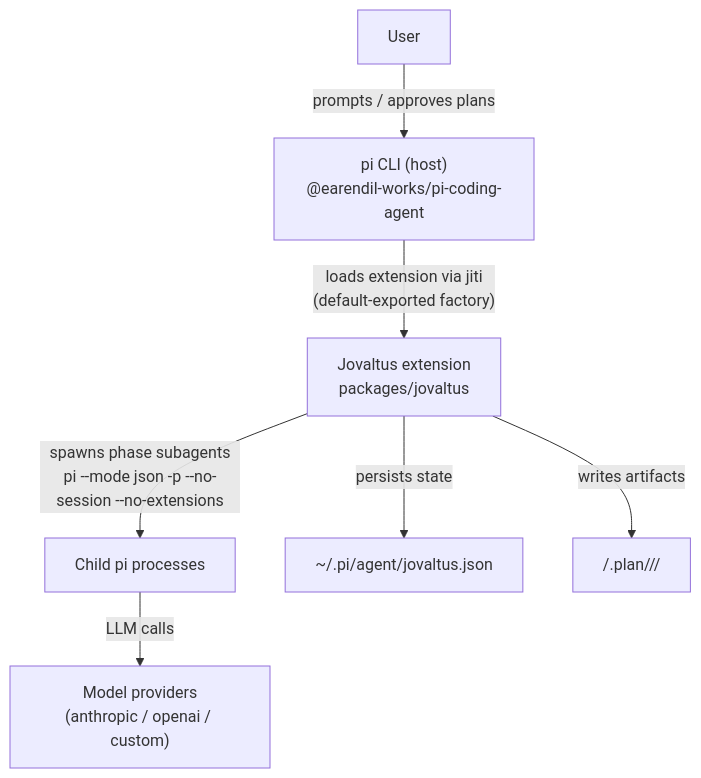
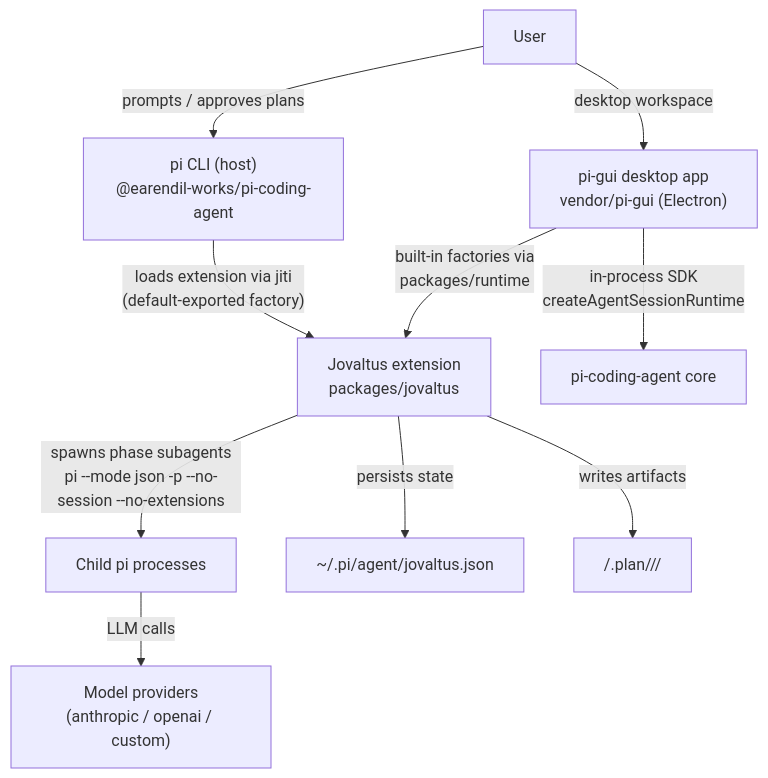
The first of 2 diagrams in docs/architecture.md (Uniterra-Solutions/cardo), drawn with Mermaid before and after one commit. The commit also changed other lines of this file and 8 other files, not shown here.

First line of the commit message:
docs: document desktop app integration

````diff
--- a/docs/architecture.md
+++ b/docs/architecture.md
@@ -5,9 +5,12 @@
 ```mermaid
 graph TD
   User["User"] -->|"prompts / approves plans"| Pi["pi CLI (host)<br/>@earendil-works/pi-coding-agent"]
+  User -->|"desktop workspace"| App["pi-gui desktop app<br/>vendor/pi-gui (Electron)"]
   Pi -->|"loads extension via jiti<br/>(default-exported factory)"| Jov["Jovaltus extension<br/>packages/jovaltus"]
+  App -->|"built-in factories via<br/>packages/runtime"| Jov
+  App -->|"in-process SDK<br/>createAgentSessionRuntime"| PiCore["pi-coding-agent core"]
   Jov -->|"spawns phase subagents<br/>pi --mode json -p --no-session --no-extensions"| Child["Child pi processes"]
   Child -->|"LLM calls"| Provider["Model providers<br/>(anthropic / openai / custom)"]
   Jov -->|"persists state"| StateFile["~/.pi/agent/jovaltus.json"]
   Jov -->|"writes artifacts"| PlanDir["<cwd>/.plan/<date>/<name>/"]
 ```
````
